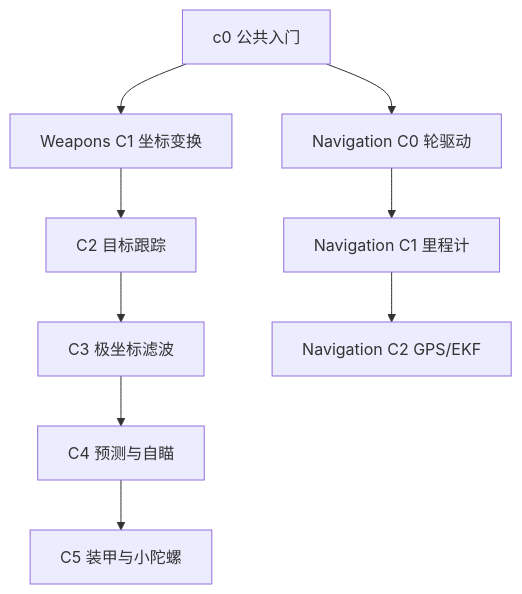
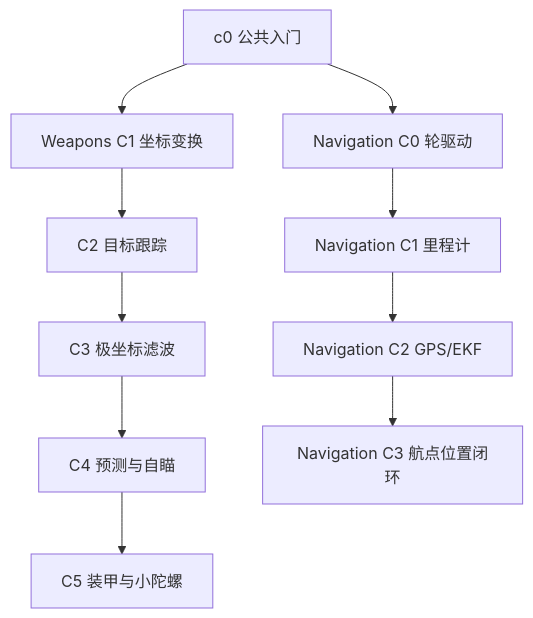
Before and after one commit to Yangyongyu0506/TankBot: the diagram in docs/36_BRANCHING_PROGRESSION.md, drawn with Mermaid. The commit also changed other lines of this file and 61 other files, not shown here.

````diff
--- a/docs/36_BRANCHING_PROGRESSION.md
+++ b/docs/36_BRANCHING_PROGRESSION.md
@@ -7,11 +7,12 @@
 ```mermaid
 flowchart TD
     I[c0 公共入门] --> W1[Weapons C1 坐标变换]
     I --> N0[Navigation C0 轮驱动]
     W1 --> W2[C2 目标跟踪]
     W2 --> W3[C3 极坐标滤波]
     W3 --> W4[C4 预测与自瞄]
     W4 --> W5[C5 装甲与小陀螺]
     N0 --> N1[Navigation C1 里程计]
     N1 --> N2[Navigation C2 GPS/EKF]
+    N2 --> N3[Navigation C3 航点位置闭环]
 ```
````
